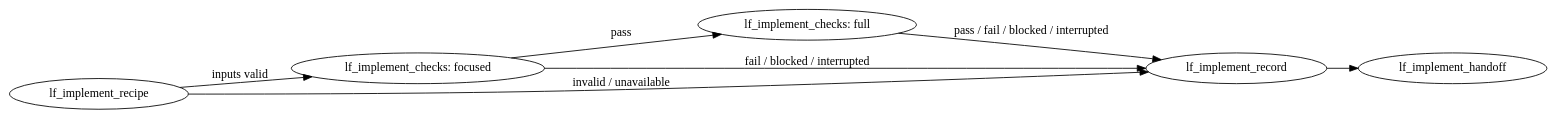
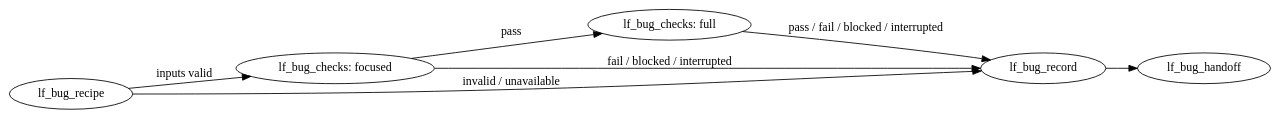
The second of 2 diagrams in .aiteam/lf-367-bug-workflow/2026-09-22/bug-workflow/BUG_SCOPE.md (marioatcloudvane/litefactory), drawn with Graphviz before and after one commit. The commit also changed other lines of this file and 1 other file, not shown here.

First line of the commit message:
The activities as scoped are **not established as reusable like for like in Implement**. Their contracts refer to an approved bug, Bug repair limits, a full-suite child result and Bug delivery. Following your naming rule, all ten are now `lf_bug_*`. #319 remains independent.

````diff
--- a/.aiteam/lf-367-bug-workflow/2026-09-22/bug-workflow/BUG_SCOPE.md
+++ b/.aiteam/lf-367-bug-workflow/2026-09-22/bug-workflow/BUG_SCOPE.md
@@ -85,17 +85,17 @@
 ```dot
 digraph bug_tests {
   rankdir=LR;
-  bind [label="lf_implement_recipe"];
-  regression [label="lf_implement_checks: focused"];
-  suite [label="lf_implement_checks: full"];
-  record [label="lf_implement_record"];
-  result [label="lf_implement_handoff"];
+  bind [label="lf_bug_recipe"];
+  regression [label="lf_bug_checks: focused"];
+  suite [label="lf_bug_checks: full"];
+  record [label="lf_bug_record"];
+  result [label="lf_bug_handoff"];
 
   bind -> regression [label="inputs valid"];
   bind -> record [label="invalid / unavailable"];
   regression -> suite [label="pass"];
   regression -> record [label="fail / blocked / interrupted"];
   suite -> record [label="pass / fail / blocked / interrupted"];
   record -> result;
 }
 ```
````
